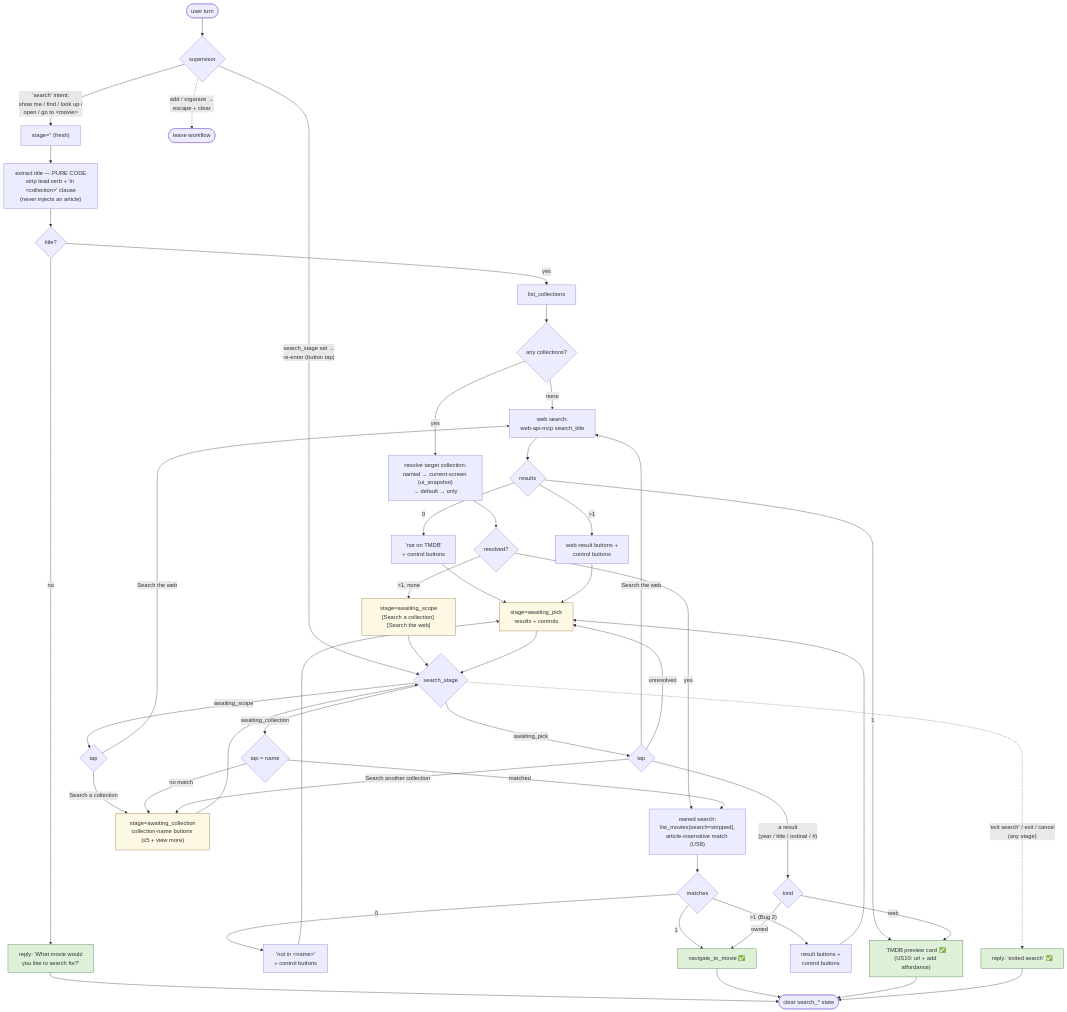
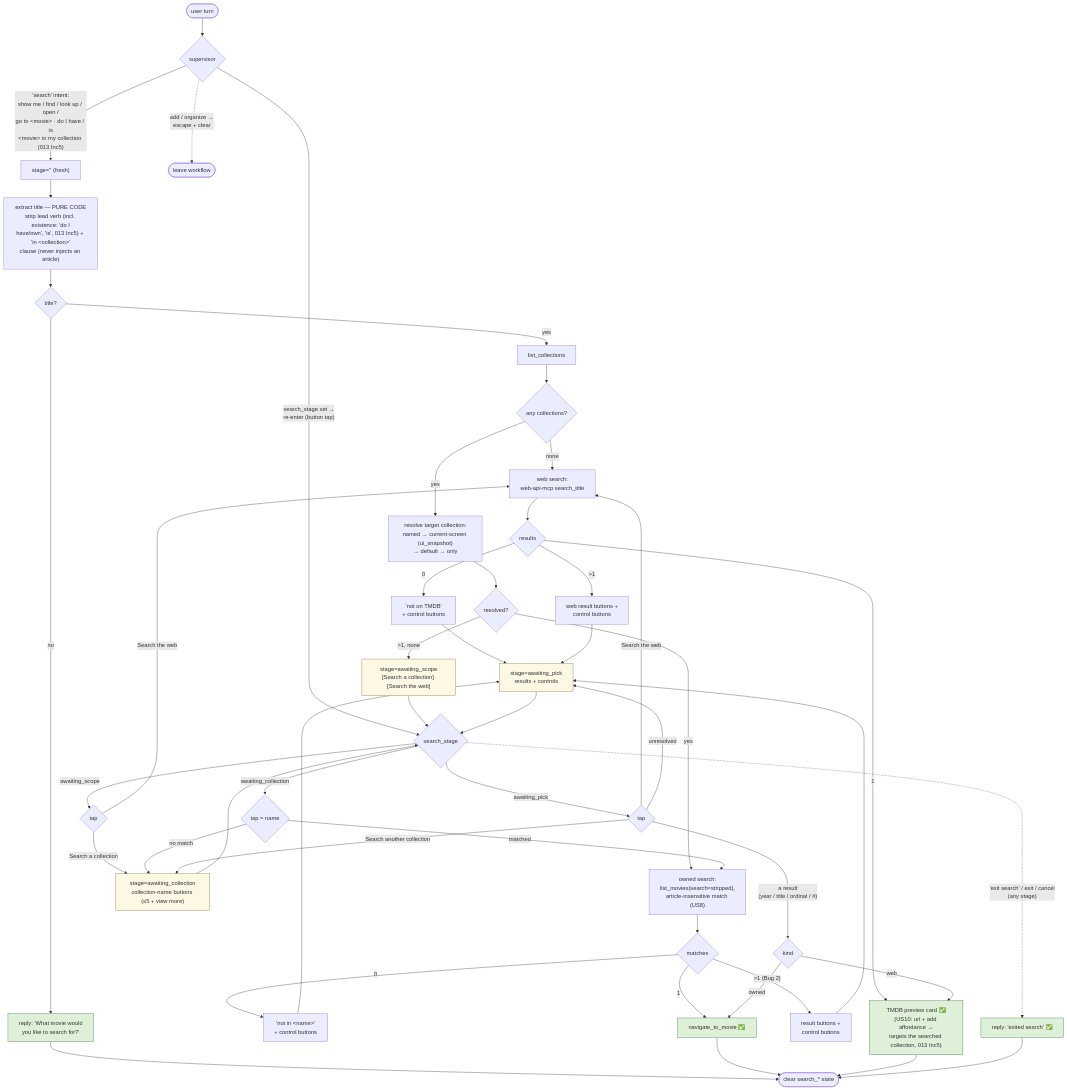
One commit to jumbleknot/MovieCollectionManager changed the diagram in specs/013-post-agent-enhancements/search-workflow-state-machine.md. Above: the diagram before and after it, drawn with Mermaid. The commit also changed other lines of this file and 41 other files, not shown here.

````diff
--- a/specs/013-post-agent-enhancements/search-workflow-state-machine.md
+++ b/specs/013-post-agent-enhancements/search-workflow-state-machine.md
@@ -23,64 +23,64 @@
 ```mermaid
 flowchart TD
     U([user turn]) --> SUP{supervisor}
-    SUP -->|"'search' intent:<br/>show me / find / look up /<br/>open / go to &lt;movie&gt;"| FRESH
+    SUP -->|"'search' intent:<br/>show me / find / look up / open /<br/>go to &lt;movie&gt; · do I have / is<br/>&lt;movie&gt; in my collection (013 Inc5)"| FRESH
     SUP -->|"search_stage set →<br/>re-enter (button tap)"| CONT
     SUP -.->|"add / organize →<br/>escape + clear"| ESC([leave workflow])
 
     %% ---------- fresh search ----------
-    FRESH["stage='' (fresh)"] --> EX["extract title — PURE CODE<br/>strip lead verb + 'in &lt;collection&gt;' clause<br/>(never injects an article)"]
+    FRESH["stage='' (fresh)"] --> EX["extract title — PURE CODE<br/>strip lead verb (incl. existence: 'do I<br/>have/own', 'is', 013 Inc5) + 'in &lt;collection&gt;'<br/>clause (never injects an article)"]
     EX --> T{title?}
     T -->|no| ASK["reply: 'What movie would<br/>you like to search for?'"] --> DONE
     T -->|yes| LC[list_collections]
     LC --> Z{any collections?}
     Z -->|none| WEB
     Z -->|yes| RC["resolve target collection:<br/>named → current-screen (ui_snapshot)<br/>→ default → only"]
     RC --> R{resolved?}
     R -->|"yes"| OWNED
     R -->|">1, none"| SCOPE
 
     %% ---------- owned search ----------
     OWNED["owned search:<br/>list_movies(search=stripped),<br/>article-insensitive match (US8)"] --> OC{matches}
     OC -->|0| NONE["'not in &lt;name&gt;'<br/>+ control buttons"] --> PICK
     OC -->|1| NAV["navigate_to_movie ✅"] --> DONE
     OC -->|"&gt;1 (Bug 2)"| RES["result buttons +<br/>control buttons"] --> PICK
 
     %% ---------- web search ----------
     WEB["web search:<br/>web-api-mcp search_title"] --> WCnt{results}
     WCnt -->|0| WNONE["'not on TMDB'<br/>+ control buttons"] --> PICK
-    WCnt -->|1| CARD["TMDB preview card ✅<br/>(US10: url + add affordance)"] --> DONE
+    WCnt -->|1| CARD["TMDB preview card ✅<br/>(US10: url + add affordance →<br/>targets the searched collection, 013 Inc5)"] --> DONE
     WCnt -->|"&gt;1"| WRES["web result buttons +<br/>control buttons"] --> PICK
 
     %% ---------- awaiting states ----------
     SCOPE["stage=awaiting_scope<br/>[Search a collection] [Search the web]"]
     COLLB["stage=awaiting_collection<br/>collection-name buttons (≤5 + view more)"]
     PICK["stage=awaiting_pick<br/>results + controls"]
 
     %% ---------- continuation dispatch (a tap posts canonical text) ----------
     CONT{search_stage}
     CONT -->|awaiting_scope| S{tap}
     S -->|Search the web| WEB
     S -->|Search a collection| COLLB
     CONT -->|awaiting_collection| C{tap = name}
     C -->|matched| OWNED
     C -->|no match| COLLB
     CONT -->|awaiting_pick| P{tap}
     P -->|"a result<br/>(year / title / ordinal / #)"| K{kind}
     K -->|owned| NAV
     K -->|web| CARD
     P -->|Search another collection| COLLB
     P -->|Search the web| WEB
     P -->|unresolved| PICK
     CONT -.->|"'exit search' / exit / cancel<br/>(any stage)"| EXIT["reply: 'exited search' ✅"] --> DONE
 
     SCOPE --> CONT
     COLLB --> CONT
     PICK --> CONT
 
     DONE([clear search_* state])
 
     classDef term fill:#dff0d8,stroke:#3c763d;
     classDef stage fill:#fcf8e3,stroke:#8a6d3b;
     class NAV,CARD,EXIT,ASK term;
     class SCOPE,COLLB,PICK stage;
 ```
````
